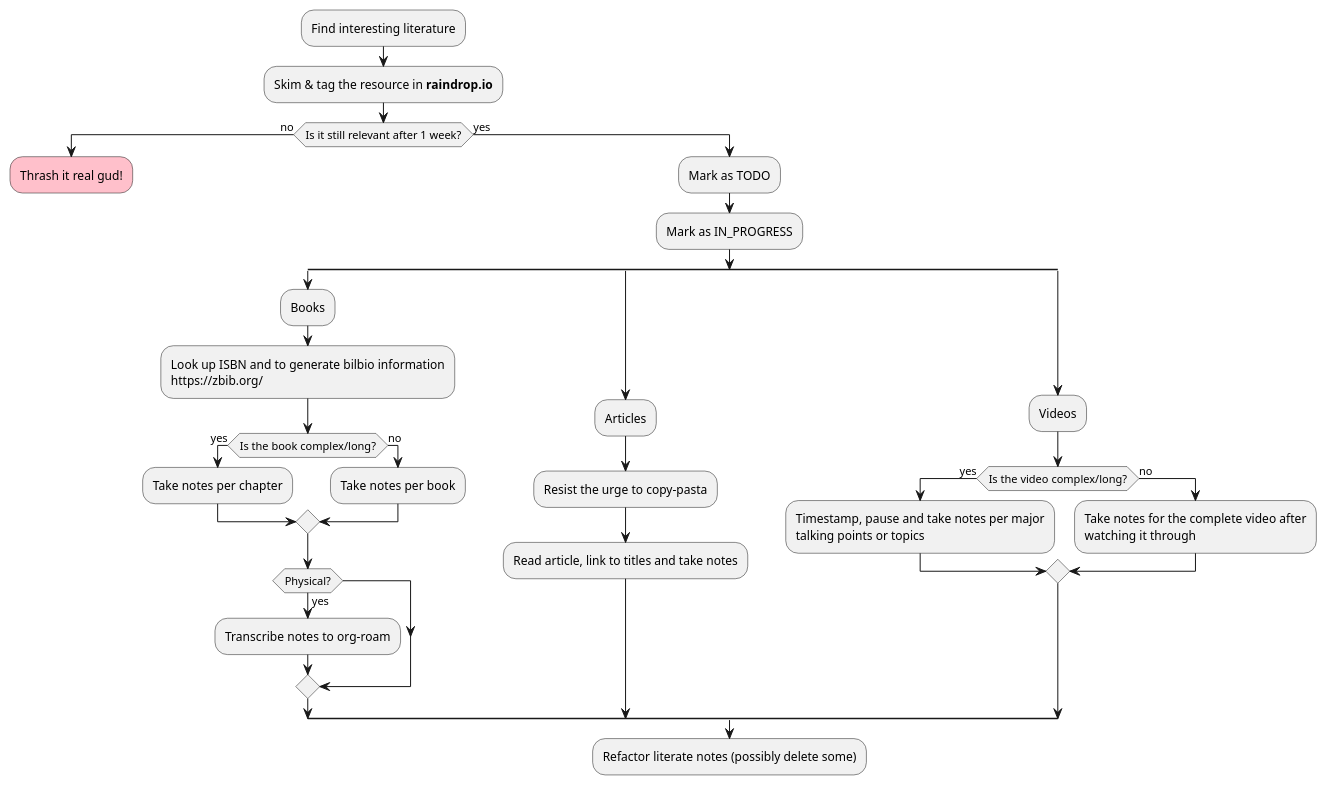
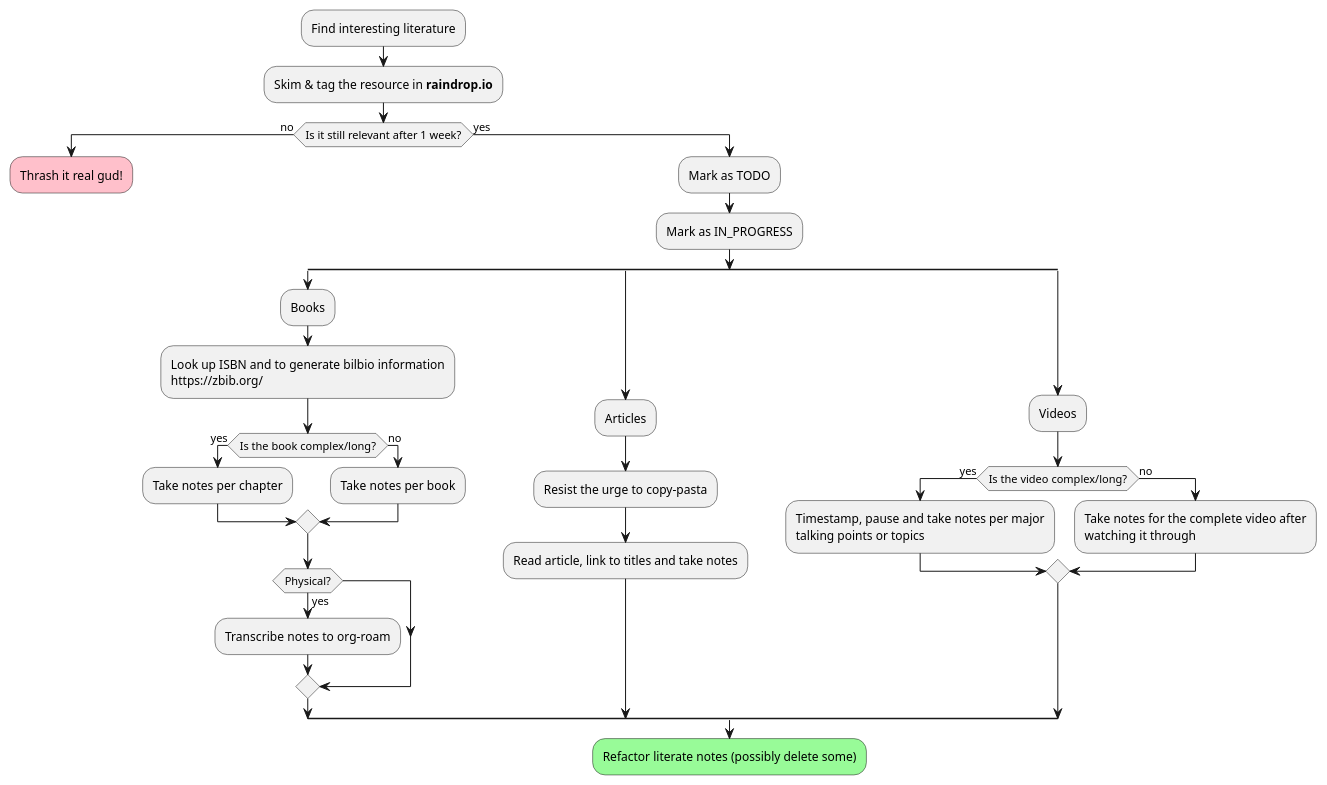
The diagram in 20210221224553-workflow-for-taking-literature-notes.org (venikx/braindump), drawn with PlantUML before and after one commit. The commit also changed other lines of this file and 9 other files, not shown here.

```diff
--- a/20210221224553-workflow-for-taking-literature-notes.org
+++ b/20210221224553-workflow-for-taking-literature-notes.org
@@ -5,42 +9,42 @@
 #+begin_src plantuml :file .images/personal-workflow-literature-notes.png :exports results
 @startuml
 :Find interesting literature;
 :Skim & tag the resource in **raindrop.io**;
 
 if (Is it still relevant after 1 week?) then (no)
   #pink:Thrash it real gud!;
   kill
 else (yes)
   :Mark as TODO;
   :Mark as IN_PROGRESS;
   split
     :Books;
     :Look up ISBN and to generate bilbio information
     https://zbib.org/;
     if (Is the book complex/long?) then (yes)
       :Take notes per chapter;
     else (no)
       :Take notes per book;
     endif
     if (Physical?) then (yes)
       :Transcribe notes to org-roam;
     endif
   split again
     :Articles;
     :Resist the urge to copy-pasta;
     :Read article, link to titles and take notes;
   split again
     :Videos;
     if (Is the video complex/long?) then (yes)
       :Timestamp, pause and take notes per major
       talking points or topics;
     else (no)
       :Take notes for the complete video after
       watching it through;
     endif
   end split
-  :Refactor literate notes (possibly delete some);
+  #palegreen:Refactor literate notes (possibly delete some);
   kill
 endif
 @enduml
 #+end_src
```
